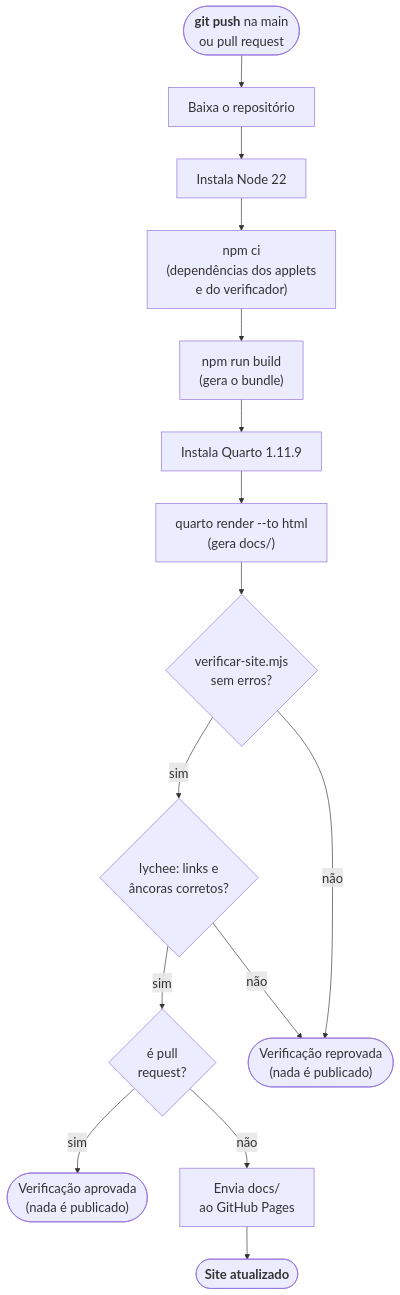
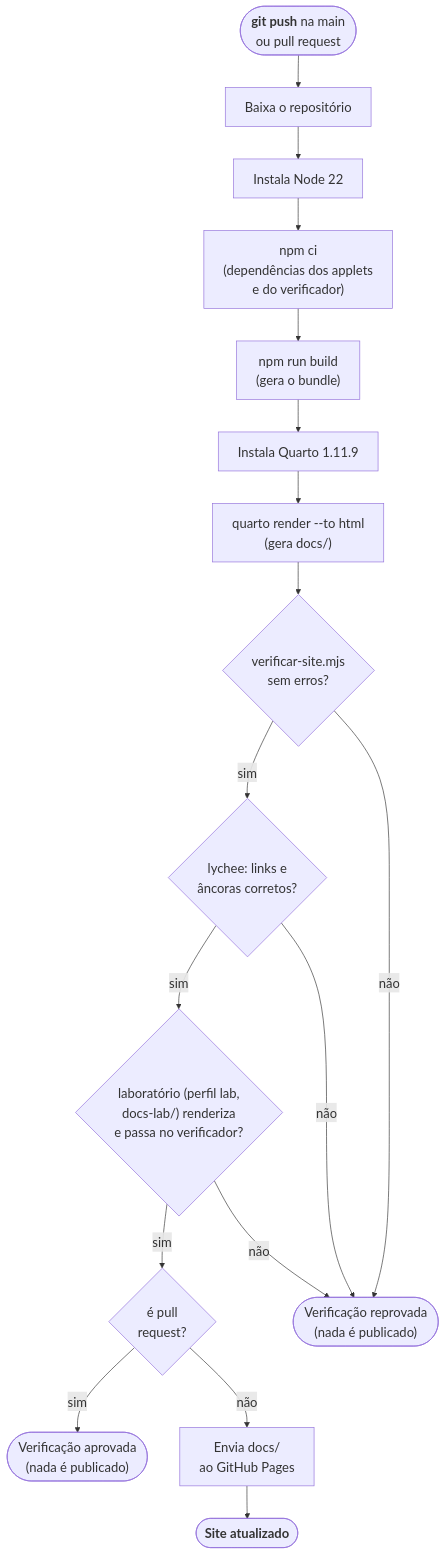
The eighth of 9 diagrams in _interno/diretrizes/arquitetura.md (lcmerlo/livro-online-fcg), drawn with Mermaid before and after one commit. The commit also changed other lines of this file and 13 other files, not shown here.

````diff
--- a/_interno/diretrizes/arquitetura.md
+++ b/_interno/diretrizes/arquitetura.md
@@ -418,26 +422,29 @@
 ```mermaid
 %%{init: {"themeVariables": {"fontSize": "20px"}, "flowchart": {"wrappingWidth": 420}}}%%
 flowchart TD
     push(["<b>git push</b> na main<br/>ou pull request"])
     co["Baixa o repositório"]
     node["Instala Node 22"]
     ci["npm ci<br/>(dependências dos applets<br/>e do verificador)"]
     build["npm run build<br/>(gera o bundle)"]
     qi["Instala Quarto 1.11.9"]
     render["quarto render --to html<br/>(gera docs/)"]
     t1{"verificar-site.mjs<br/>sem erros?"}
     t2{"lychee: links e<br/>âncoras corretos?"}
+    t3{"laboratório (perfil lab,<br/>docs-lab/) renderiza<br/>e passa no verificador?"}
     pr{"é pull<br/>request?"}
     ok(["Verificação aprovada<br/>(nada é publicado)"])
     up["Envia docs/<br/>ao GitHub Pages"]
     dep(["<b>Site atualizado</b>"])
     fail(["Verificação reprovada<br/>(nada é publicado)"])
 
     push --> co --> node --> ci --> build --> qi --> render --> t1
     t1 -->|"sim"| t2
-    t2 -->|"sim"| pr
+    t2 -->|"sim"| t3
+    t3 -->|"sim"| pr
     pr -->|"sim"| ok
     pr -->|"não"| up --> dep
     t1 -->|"não"| fail
     t2 -->|"não"| fail
+    t3 -->|"não"| fail
 ```
````
